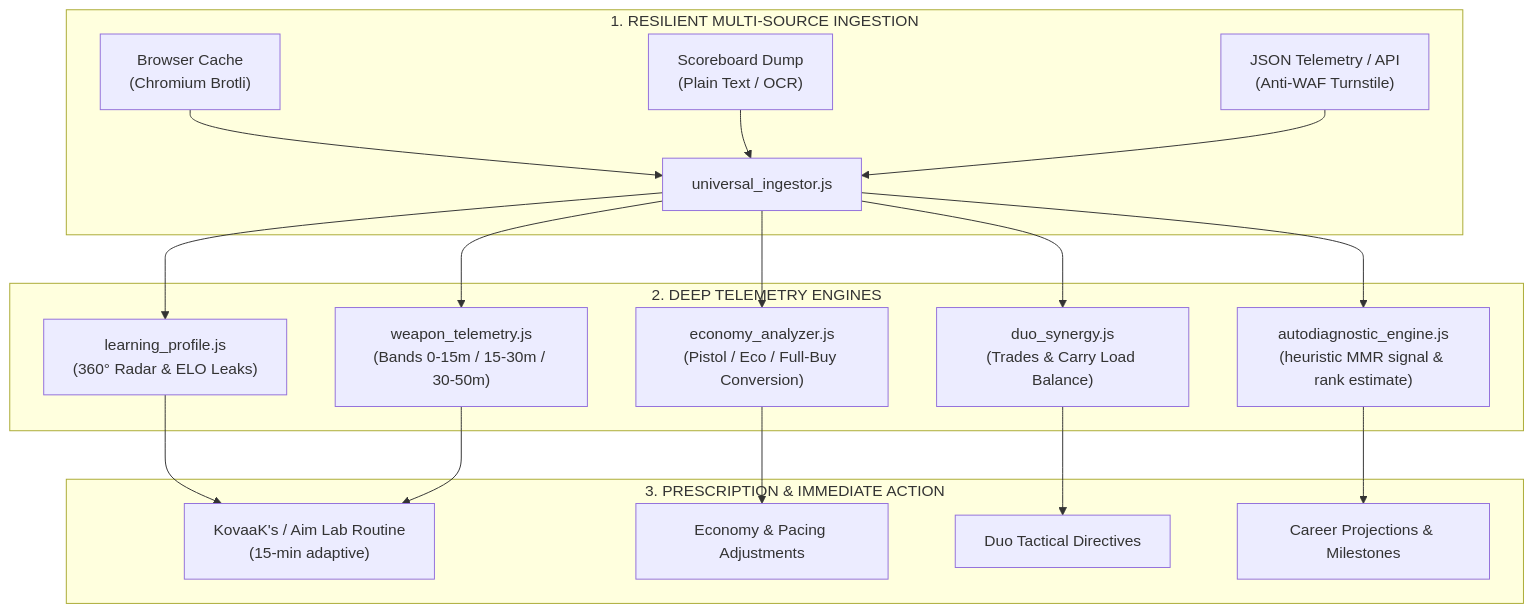
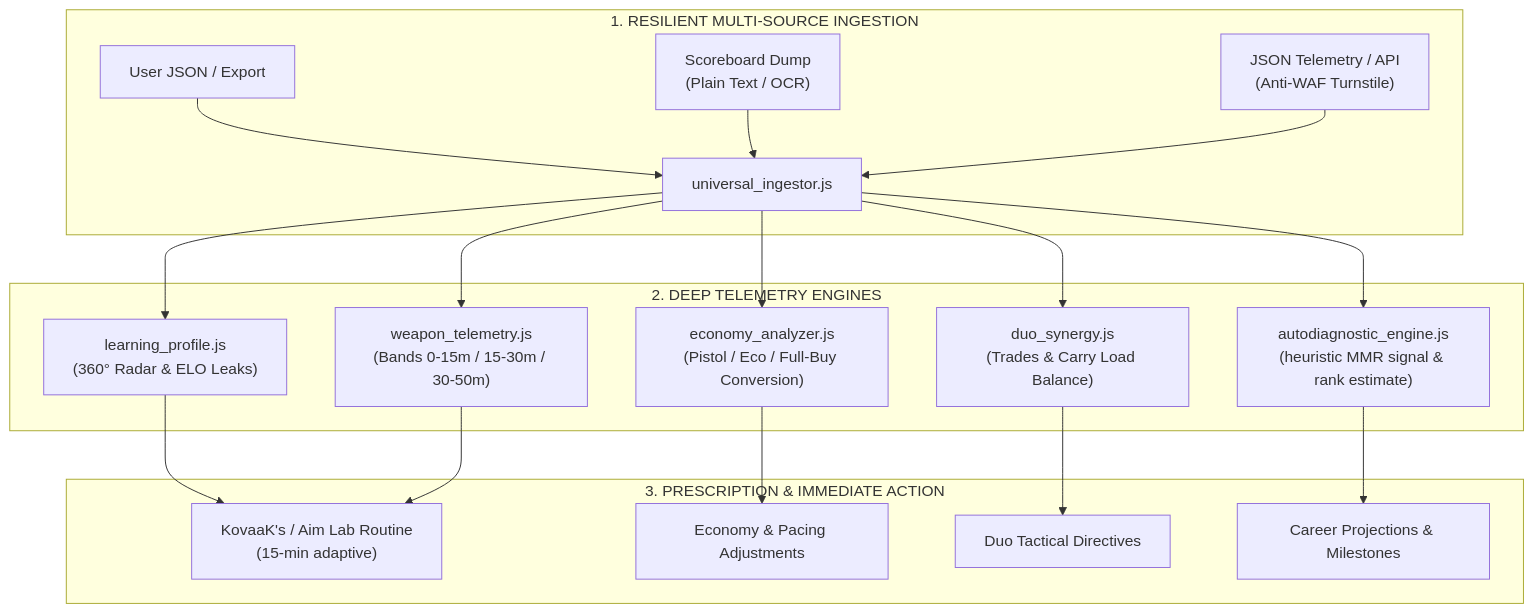
One commit to Acourd/valorant-analytics changed the diagram in README.en.md. Above: the diagram before and after it, drawn with Mermaid. The commit also changed other lines of this file and 10 other files, not shown here.

Commit message:
chore(privacidad): retira harvest y fallbacks de cache; elimina test_fetch.js; calibrate marcado como simulacion; la entrada remota a Tracker falla cerrada (JSON/texto/captura o Riot RSO)

````diff
--- a/README.en.md
+++ b/README.en.md
@@ -44,33 +44,32 @@
 ```mermaid
 flowchart TD
     subgraph INGESTION["1. RESILIENT MULTI-SOURCE INGESTION"]
-        A1["Browser Cache
-(Chromium Brotli)"] --> B["universal_ingestor.js"]
+        A1["User JSON / Export"] --> B["universal_ingestor.js"]
         A2["Scoreboard Dump
 (Plain Text / OCR)"] --> B
         A3["JSON Telemetry / API
 (Anti-WAF Turnstile)"] --> B
     end
 
     subgraph ENGINE["2. DEEP TELEMETRY ENGINES"]
         B --> C1["learning_profile.js
 (360° Radar & ELO Leaks)"]
         B --> C2["weapon_telemetry.js
 (Bands 0-15m / 15-30m / 30-50m)"]
         B --> C3["economy_analyzer.js
 (Pistol / Eco / Full-Buy Conversion)"]
         B --> C4["duo_synergy.js
 (Trades & Carry Load Balance)"]
         B --> C5["autodiagnostic_engine.js
 (heuristic MMR signal & rank estimate)"]
     end
 
     subgraph OUTPUT["3. PRESCRIPTION & IMMEDIATE ACTION"]
         C1 --> D1["KovaaK's / Aim Lab Routine
 (15-min adaptive)"]
         C2 --> D1
         C3 --> D2["Economy & Pacing Adjustments"]
         C4 --> D3["Duo Tactical Directives"]
         C5 --> D4["Career Projections & Milestones"]
     end
 ```
````
